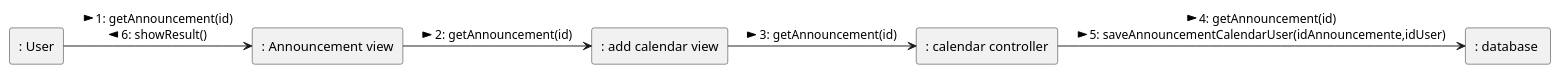
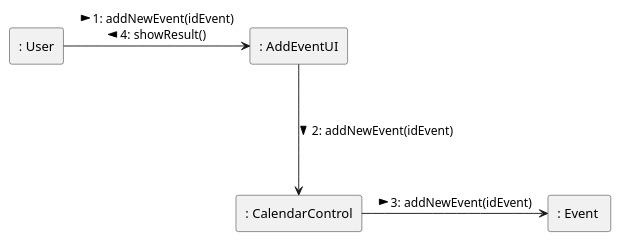
One commit to Candrixx/Proyecto_Ing_Software_Equipo_3 changed the diagram in docs/scenariosView/UC - Colaboration Diagrams/uc2_2-Add_Event-Colaboration.plantuml. Above: the diagram before and after it, drawn with PlantUML. The commit also changed 18 other files, not shown here.

Commit message:
Diagram Class of Analisys and Package

```diff
--- a/docs/scenariosView/UC - Colaboration Diagrams/uc2_2-Add_Event-Colaboration.plantuml
+++ b/docs/scenariosView/UC - Colaboration Diagrams/uc2_2-Add_Event-Colaboration.plantuml
@@ -1,14 +1,12 @@
 @startuml uc2_2_add_calendar_c
 
 rectangle ": User" as user
-rectangle ": Announcement view" as view
-rectangle ": add calendar view" as calendarView
-rectangle ": calendar controller" as controller2
-rectangle ": database " as database3
+rectangle ": AddEventUI" as calendarView
+rectangle ": CalendarControl" as controller2
+rectangle ": Event " as database3
 
-user --r-> view : > 1: getAnnouncement(id) \n 6: showResult() <
-view --r-> calendarView : > 2: getAnnouncement(id)
-calendarView --r-> controller2 : > 3: getAnnouncement(id)
-controller2 --r-> database3 : > 4: getAnnouncement(id) \n 5: saveAnnouncementCalendarUser(idAnnouncemente,idUser) >
+user --r-> calendarView : > 1: addNewEvent(idEvent) \n 4: showResult() <
+calendarView --d-> controller2 : > 2: addNewEvent(idEvent)
+controller2 --r-> database3 : \n 3: addNewEvent(idEvent) >
 
 @enduml
```
